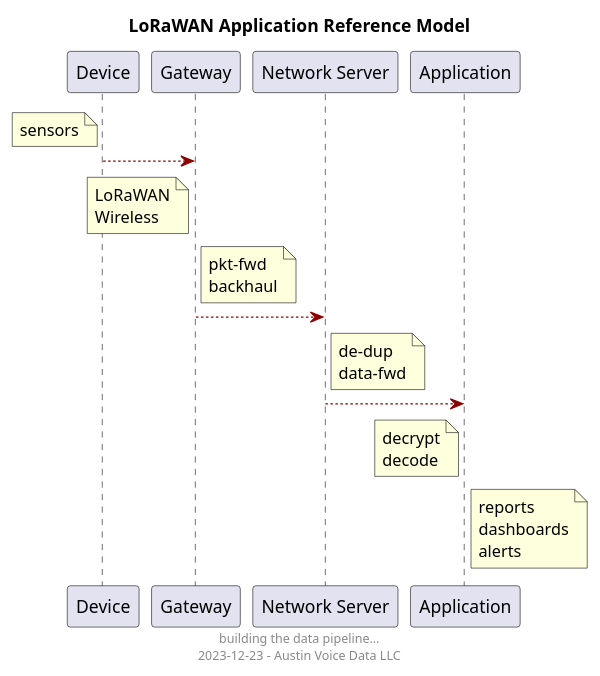
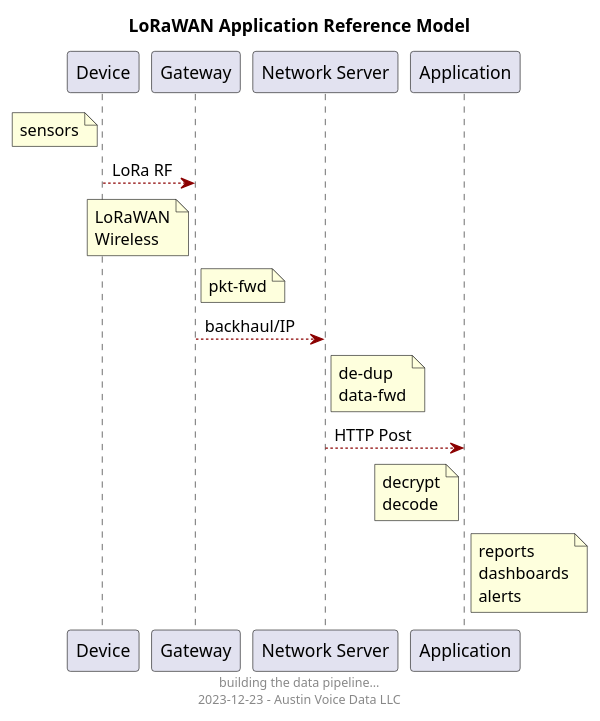
Before and after one commit to sheeriot/iotknow: the diagram in simple-lorawan.puml, drawn with PlantUML. The commit also changed 2 other files, not shown here.

Commit message:
capturing simple diagrams in plantuml

```diff
--- a/simple-lorawan.puml
+++ b/simple-lorawan.puml
@@ -1,35 +1,35 @@
 @startuml LoRaWAN Network Reference
 
 ' skinparam componentStyle uml2
 
 ' package "end_node" {
 '     component "Sensor" as sensor
 '     component "MCU" as mcu
 '     component "Modem" as modem
 ' }
 
 ' component "LoRaWAN Network Server" as lns
 
 skinparam backgroundColor PaleSteel
 skinparam component {
   BackgroundColor<<error>> Red
   BorderColor Yellow
   ArrowColor DarkRed
 }
 
 title LoRaWAN Application Reference Model
 
 note left of Device : sensors
-Device --> Gateway
+Device --> Gateway : LoRa RF
 note left of Gateway : LoRaWAN\nWireless
-note right of Gateway : pkt-fwd\nbackhaul
-Gateway --> "Network Server"
+note right of Gateway : pkt-fwd
+Gateway --> "Network Server" : backhaul/IP
 note right of "Network Server" : de-dup\ndata-fwd
-"Network Server" --> Application
+"Network Server" --> Application : HTTP Post
 note left of Application : decrypt\ndecode
 note right of Application : reports\ndashboards\nalerts
 
 footer building the data pipeline...\n2023-12-23 - Austin Voice Data LLC
 ' footer Page %page% of %lastpage%
 
 @enduml
```
